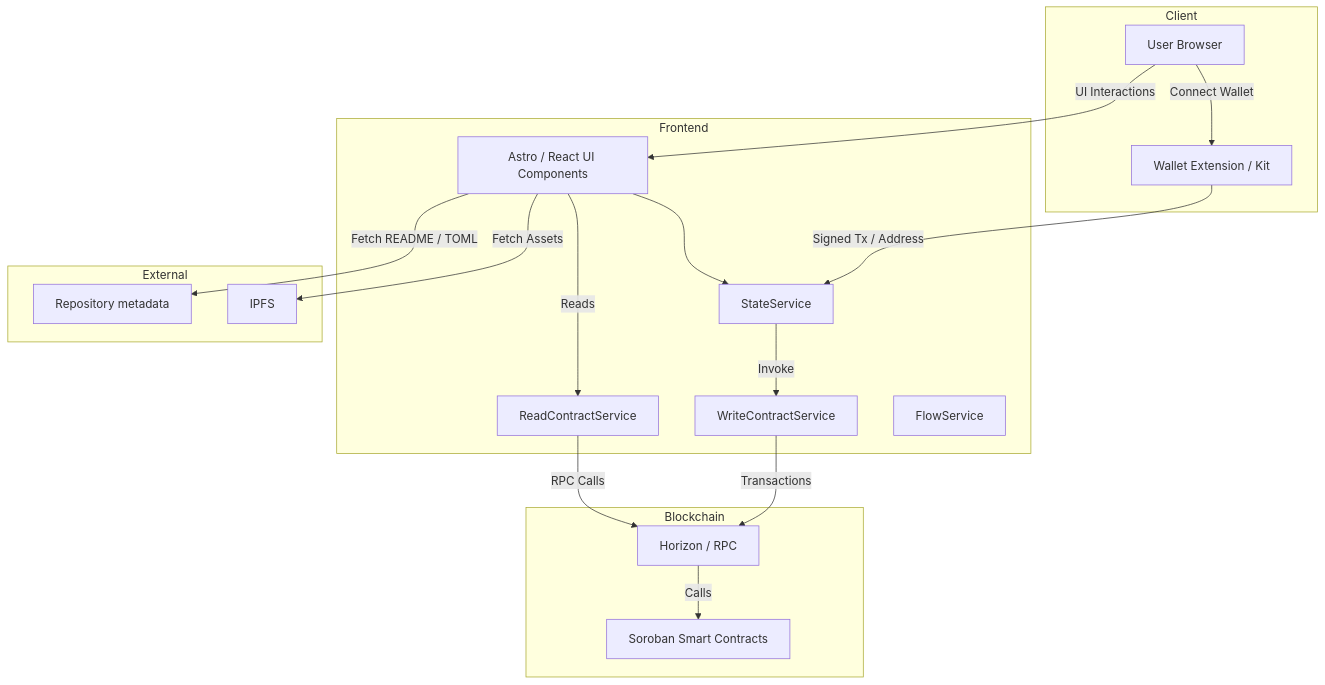
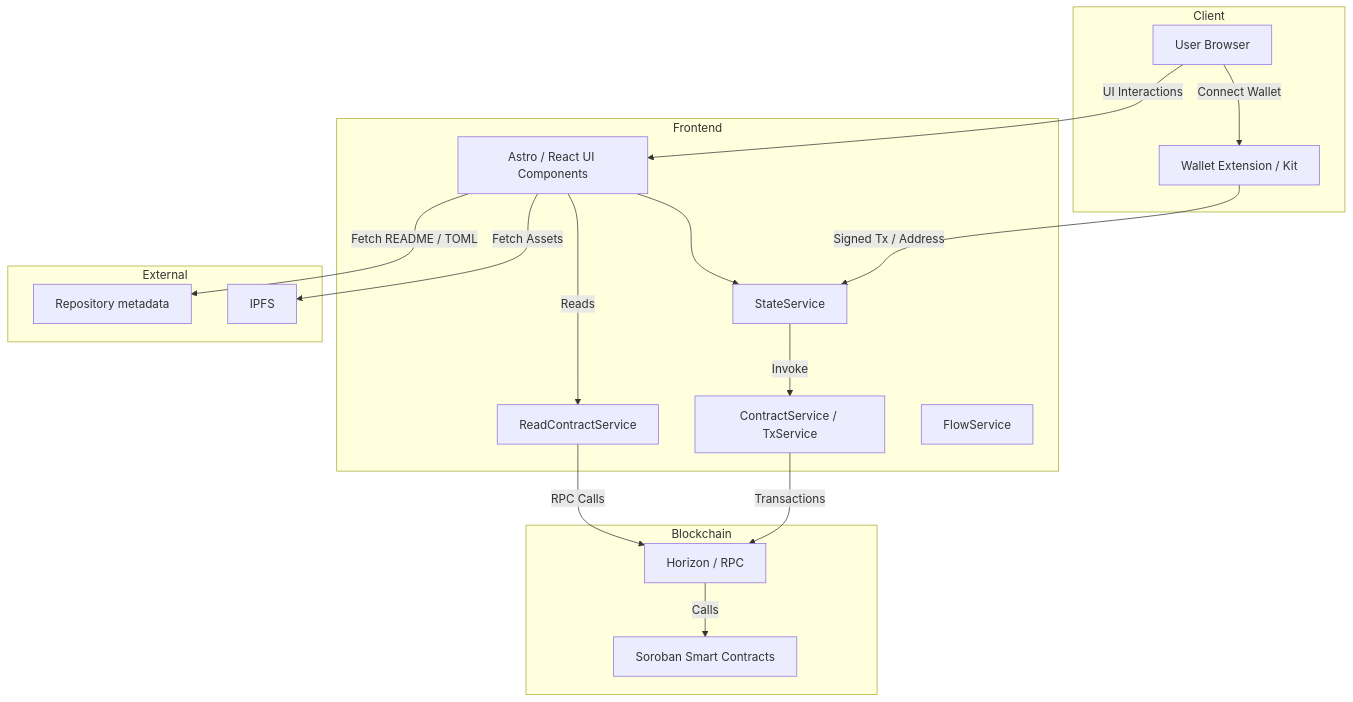
Before and after one commit to Consulting-Manao/tansu: the first of 6 diagrams in website/docs/developers/user_flows.mdx, drawn with Mermaid. The commit also changed other lines of this file and 6 other files, not shown here.

````diff
--- a/website/docs/developers/user_flows.mdx
+++ b/website/docs/developers/user_flows.mdx
@@ -11,34 +11,34 @@
 ```mermaid
 flowchart TD
   subgraph Client
     A["User Browser"]
     B["Wallet Extension / Kit"]
   end
   subgraph Frontend
     C["Astro / React UI Components"]
     D["StateService"]
     E["ReadContractService"]
-    F["WriteContractService"]
+    F["ContractService / TxService"]
     G["FlowService"]
   end
   subgraph Blockchain
     J["Soroban Smart Contracts"]
     K["Horizon / RPC"]
   end
   subgraph External
     L["Repository metadata"]
     M["IPFS"]
   end
 
   A--"Connect Wallet"-->B
   A--"UI Interactions"-->C
   B--"Signed Tx / Address"-->D
   C-->D
   C--"Reads"-->E
   D--"Invoke"-->F
   F--"Transactions"-->K
   E--"RPC Calls"-->K
   K--"Calls"-->J
   C--"Fetch README / TOML"-->L
   C--"Fetch Assets"-->M
 ```
````
